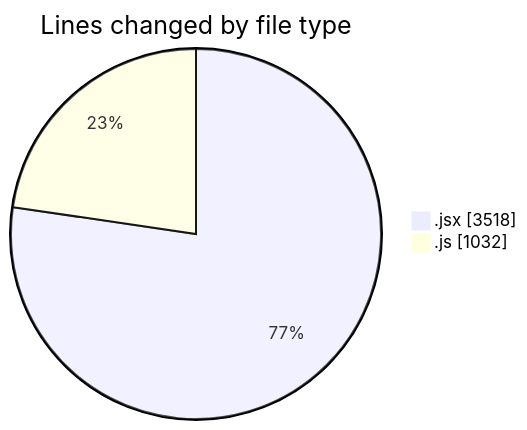
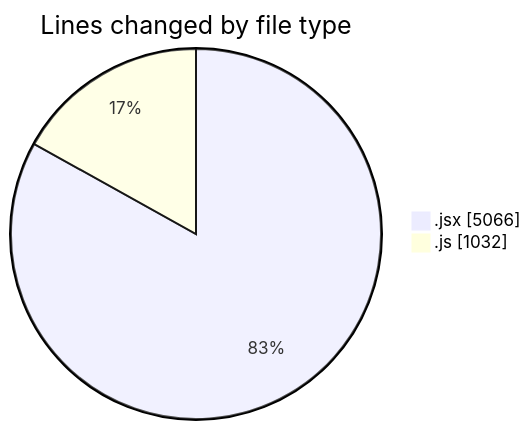
Before and after one commit to nxtqubesakshisongat/code-tracking: the first of 2 diagrams in 2025-12-07/nxtqube_webapp/README.md, drawn with Mermaid. The commit also changed other lines of this file and 1 other file, not shown here.

````diff
--- a/2025-12-07/nxtqube_webapp/README.md
+++ b/2025-12-07/nxtqube_webapp/README.md
@@ -22,6 +23,6 @@
 ```mermaid
 pie showData
 title Lines changed by file type
-".jsx" : 3518
+".jsx" : 5066
 ".js" : 1032
 ```
````
